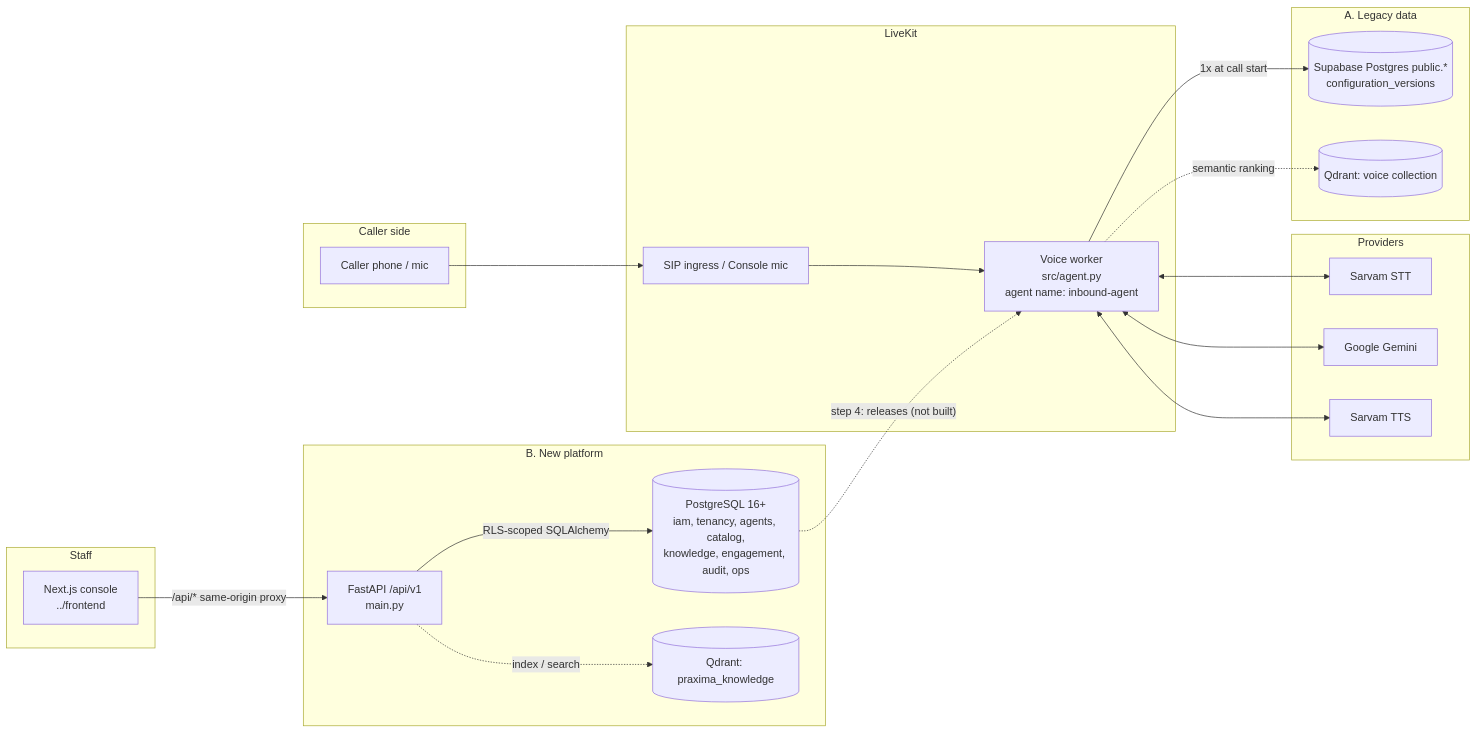
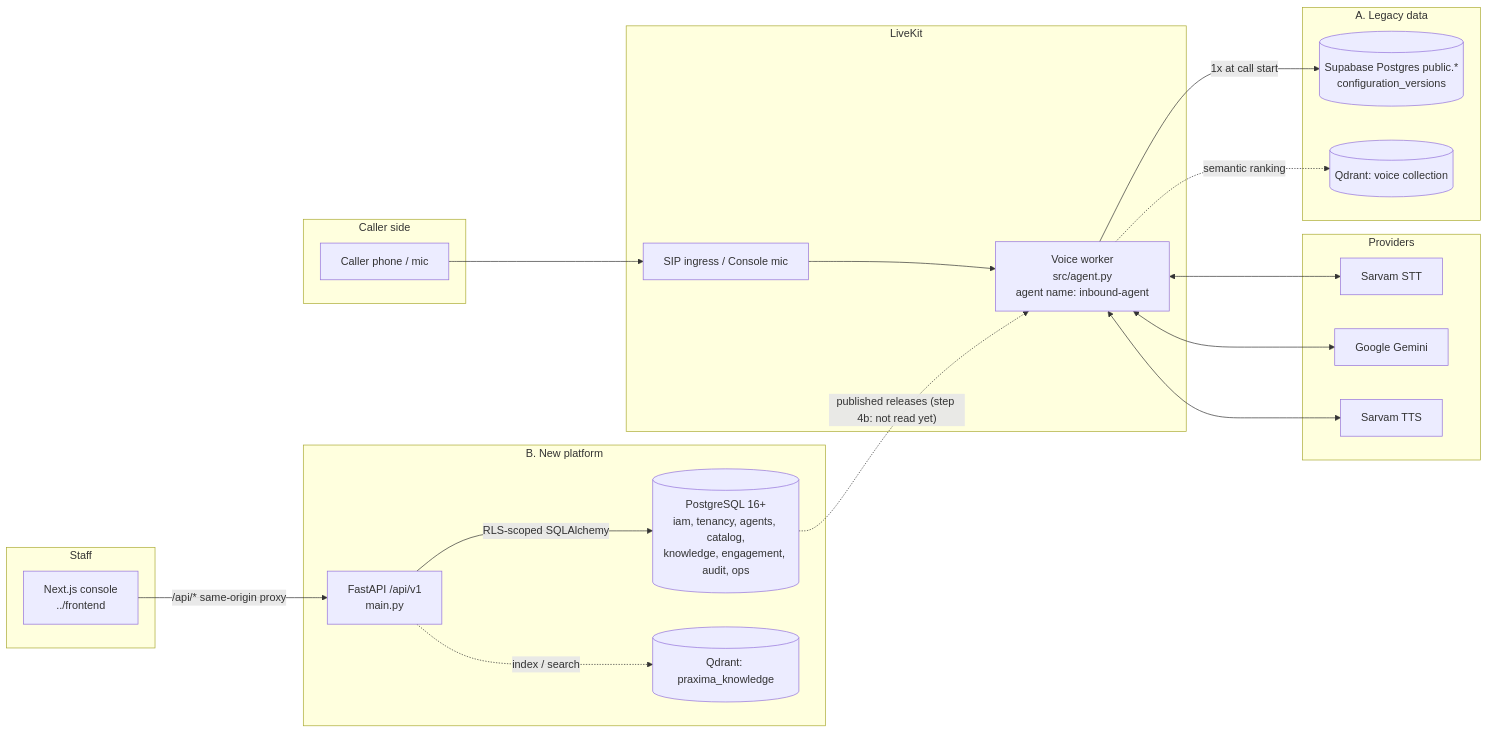
One commit to nitctrl/praxima-automata changed the first of 3 diagrams in PROJECT_UNDERSTANDING.md. Above: the diagram before and after it, drawn with Mermaid. The commit also changed other lines of this file and 25 other files, not shown here.

First line of the commit message:
Add agent releases (step 4a) and fix knowledge test search

````diff
--- a/PROJECT_UNDERSTANDING.md
+++ b/PROJECT_UNDERSTANDING.md
@@ -48,38 +53,38 @@
 ```mermaid
 flowchart LR
     subgraph Caller side
         C[Caller phone / mic]
     end
     subgraph LiveKit
         SIP[SIP ingress / Console mic]
         W[Voice worker<br/>src/agent.py<br/>agent name: inbound-agent]
     end
     subgraph Providers
         STT[Sarvam STT]
         LLM[Google Gemini]
         TTS[Sarvam TTS]
     end
     subgraph "A. Legacy data"
         PG[(Supabase Postgres public.*<br/>configuration_versions)]
         Q[(Qdrant: voice collection)]
     end
     subgraph "B. New platform"
         API[FastAPI /api/v1<br/>main.py]
         NEW[(PostgreSQL 16+<br/>iam, tenancy, agents, catalog,<br/>knowledge, engagement, audit, ops)]
         QK[(Qdrant: praxima_knowledge)]
     end
     subgraph Staff
         FE[Next.js console<br/>../frontend]
     end
 
     C --> SIP --> W
     W <--> STT
     W <--> LLM
     W <--> TTS
     W -- "1x at call start" --> PG
     W -. "semantic ranking" .-> Q
     FE -- "/api/* same-origin proxy" --> API
     API -- "RLS-scoped SQLAlchemy" --> NEW
     API -. "index / search" .-> QK
-    NEW -. "step 4: releases (not built)" .-> W
+    NEW -. "published releases (step 4b: not read yet)" .-> W
 ```
````
